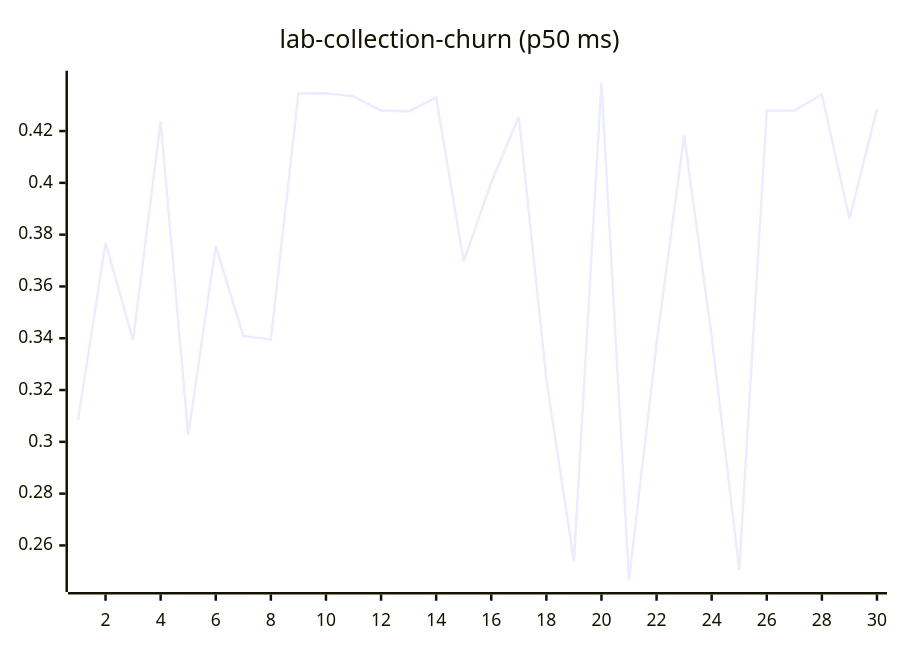
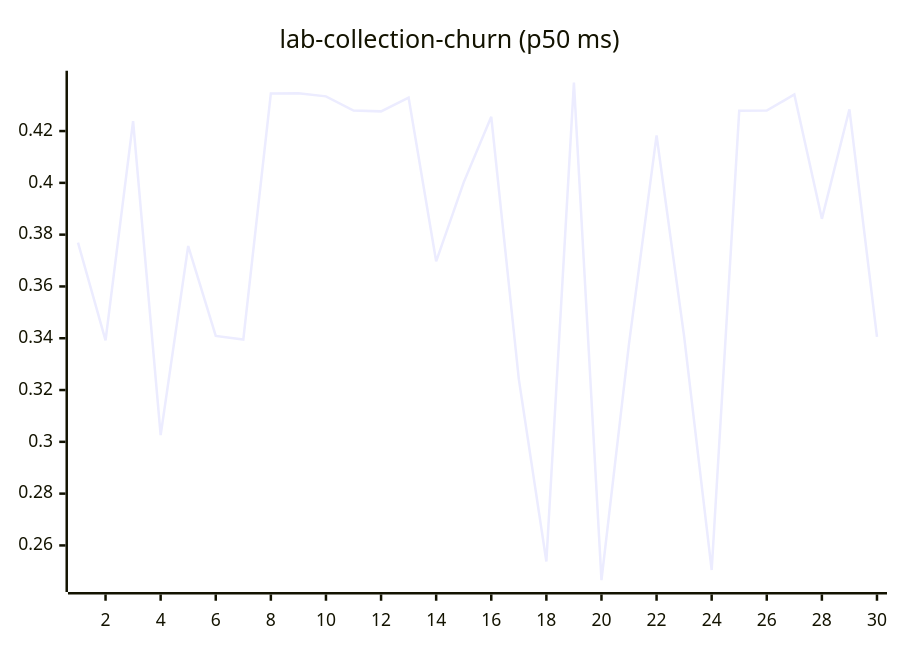
Before and after one commit to josha/Facet: diagram 11 of 27 in README.md, drawn with Mermaid. The commit also changed other lines of this file and 2 other files, not shown here.

````diff
--- a/README.md
+++ b/README.md
@@ -133,6 +133,6 @@
 ```mermaid
 xychart-beta
     title "lab-collection-churn (p50 ms)"
     x-axis 1 --> 30
-    line [0.3083, 0.3769, 0.3392, 0.4238, 0.3026, 0.3756, 0.3409, 0.3395, 0.4345, 0.4346, 0.4334, 0.4279, 0.4276, 0.4329, 0.3697, 0.4002, 0.4255, 0.3242, 0.2538, 0.4387, 0.2466, 0.3379, 0.4183, 0.3407, 0.2505, 0.4278, 0.4279, 0.4341, 0.3861, 0.4284]
+    line [0.3769, 0.3392, 0.4238, 0.3026, 0.3756, 0.3409, 0.3395, 0.4345, 0.4346, 0.4334, 0.4279, 0.4276, 0.4329, 0.3697, 0.4002, 0.4255, 0.3242, 0.2538, 0.4387, 0.2466, 0.3379, 0.4183, 0.3407, 0.2505, 0.4278, 0.4279, 0.4341, 0.3861, 0.4284, 0.3405]
 ```
````
